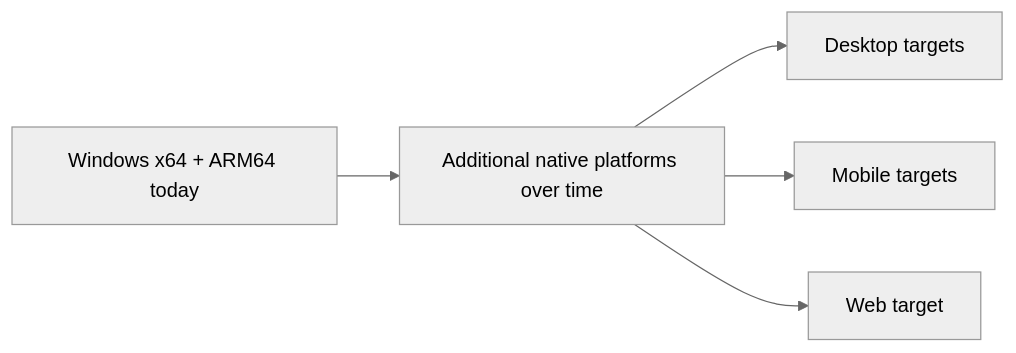
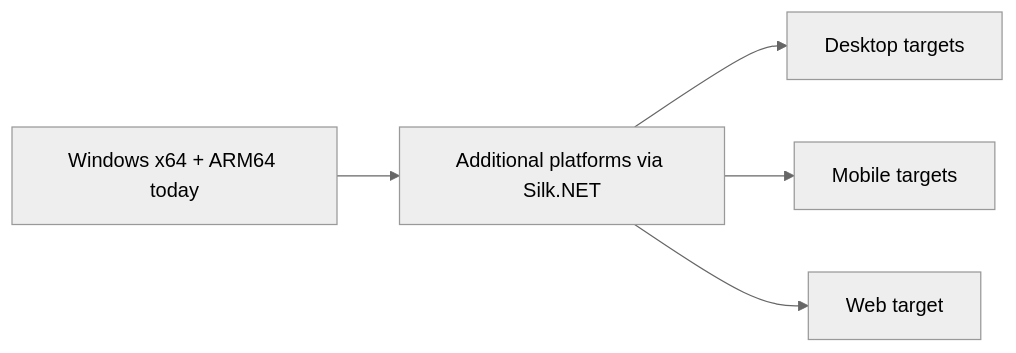
Before and after one commit to jihadkhawaja/AssemblyEngine: the diagram in docs/project-goals.md, drawn with Mermaid (neutral theme). The commit also changed other lines of this file and 61 other files, not shown here.

````diff
--- a/docs/project-goals.md
+++ b/docs/project-goals.md
@@ -28,7 +28,7 @@
 ```mermaid
 flowchart LR
-    Today[Windows x64 + ARM64 today] --> Next[Additional native platforms over time]
+    Today[Windows x64 + ARM64 today] --> Next[Additional platforms via Silk.NET]
     Next --> Desktop[Desktop targets]
     Next --> Mobile[Mobile targets]
     Next --> Web[Web target]
 ```
````
